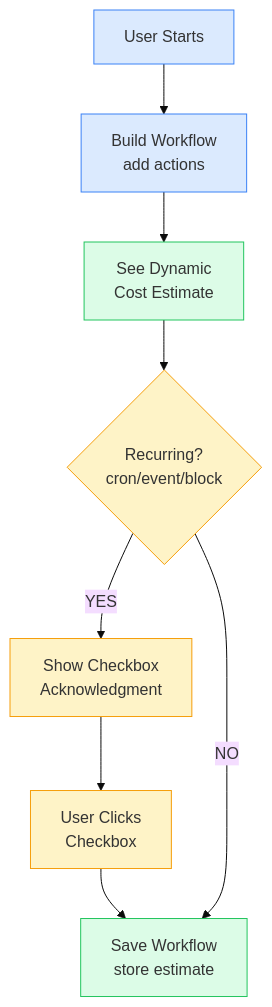
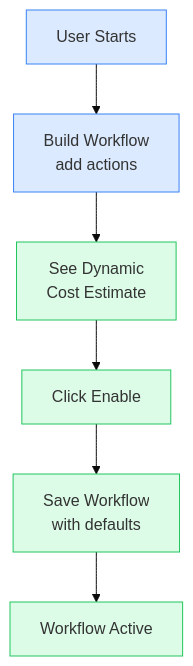
Before and after one commit to techops-services/keeperhub: the first of 4 diagrams in specs/billing/gas-estimation-concept.md, drawn with Mermaid (base theme). The commit also changed other lines of this file, not shown here.

````diff
--- a/specs/billing/gas-estimation-concept.md
+++ b/specs/billing/gas-estimation-concept.md
@@ -260,18 +278,15 @@
 ```mermaid
 flowchart TD
     A[User Starts] --> B[Build Workflow<br/>add actions]
     B --> C[See Dynamic<br/>Cost Estimate]
-    C --> D{Recurring?<br/>cron/event/block}
-    D -->|YES| E[Show Checkbox<br/>Acknowledgment]
-    E --> F[User Clicks<br/>Checkbox]
-    F --> G[Save Workflow<br/>store estimate]
-    D -->|NO| G
+    C --> D[Click Enable]
+    D --> E[Save Workflow<br/>with defaults]
+    E --> F[Workflow Active]
 
     style A fill:#dbeafe,stroke:#3b82f6
     style B fill:#dbeafe,stroke:#3b82f6
     style C fill:#dcfce7,stroke:#22c55e
-    style D fill:#fef3c7,stroke:#f59e0b
-    style E fill:#fef3c7,stroke:#f59e0b
-    style F fill:#fef3c7,stroke:#f59e0b
-    style G fill:#dcfce7,stroke:#22c55e
+    style D fill:#dcfce7,stroke:#22c55e
+    style E fill:#dcfce7,stroke:#22c55e
+    style F fill:#dcfce7,stroke:#22c55e
 ```
````
